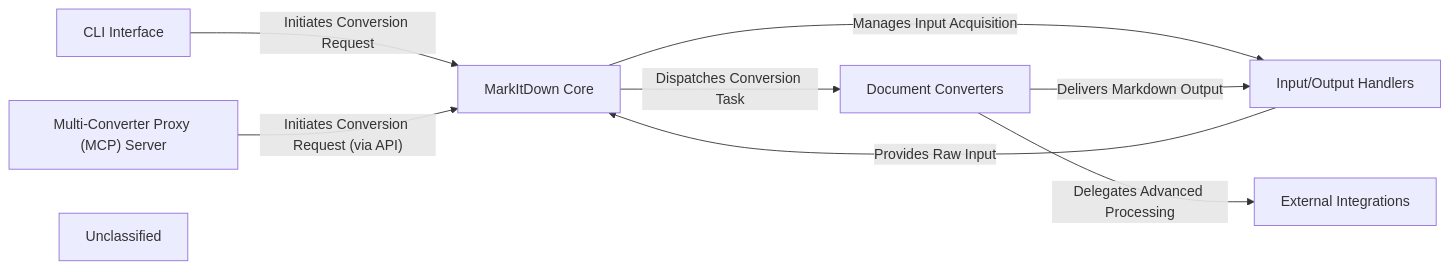
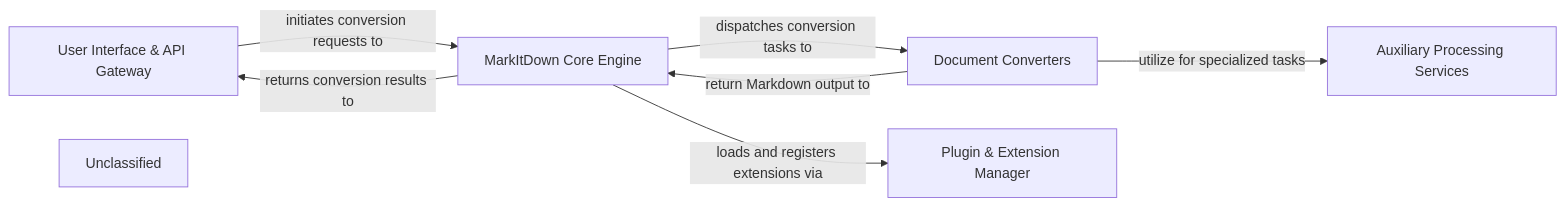
One commit to CodeBoarding/GeneratedOnBoardings changed the diagram in markitdown/on_boarding.md. Above: the diagram before and after it, drawn with Mermaid. The commit also changed other lines of this file, not shown here.

````diff
--- a/markitdown/on_boarding.md
+++ b/markitdown/on_boarding.md
@@ -1,17 +1,15 @@
 ```mermaid
 graph LR
-    CLI_Interface["CLI Interface"]
-    MarkItDown_Core["MarkItDown Core"]
+    User_Interface_API_Gateway["User Interface & API Gateway"]
+    MarkItDown_Core_Engine["MarkItDown Core Engine"]
     Document_Converters["Document Converters"]
-    External_Integrations["External Integrations"]
-    Input_Output_Handlers["Input/Output Handlers"]
-    Multi_Converter_Proxy_MCP_Server["Multi-Converter Proxy (MCP) Server"]
+    Plugin_Extension_Manager["Plugin & Extension Manager"]
+    Auxiliary_Processing_Services["Auxiliary Processing Services"]
     Unclassified["Unclassified"]
-    CLI_Interface -- "Initiates Conversion Request" --> MarkItDown_Core
-    Multi_Converter_Proxy_MCP_Server -- "Initiates Conversion Request (via API)" --> MarkItDown_Core
-    MarkItDown_Core -- "Manages Input Acquisition" --> Input_Output_Handlers
-    MarkItDown_Core -- "Dispatches Conversion Task" --> Document_Converters
-    Document_Converters -- "Delegates Advanced Processing" --> External_Integrations
-    Document_Converters -- "Delivers Markdown Output" --> Input_Output_Handlers
-    Input_Output_Handlers -- "Provides Raw Input" --> MarkItDown_Core
+    User_Interface_API_Gateway -- "initiates conversion requests to" --> MarkItDown_Core_Engine
+    MarkItDown_Core_Engine -- "dispatches conversion tasks to" --> Document_Converters
+    MarkItDown_Core_Engine -- "loads and registers extensions via" --> Plugin_Extension_Manager
+    Document_Converters -- "utilize for specialized tasks" --> Auxiliary_Processing_Services
+    Document_Converters -- "return Markdown output to" --> MarkItDown_Core_Engine
+    MarkItDown_Core_Engine -- "returns conversion results to" --> User_Interface_API_Gateway
 ```
````
